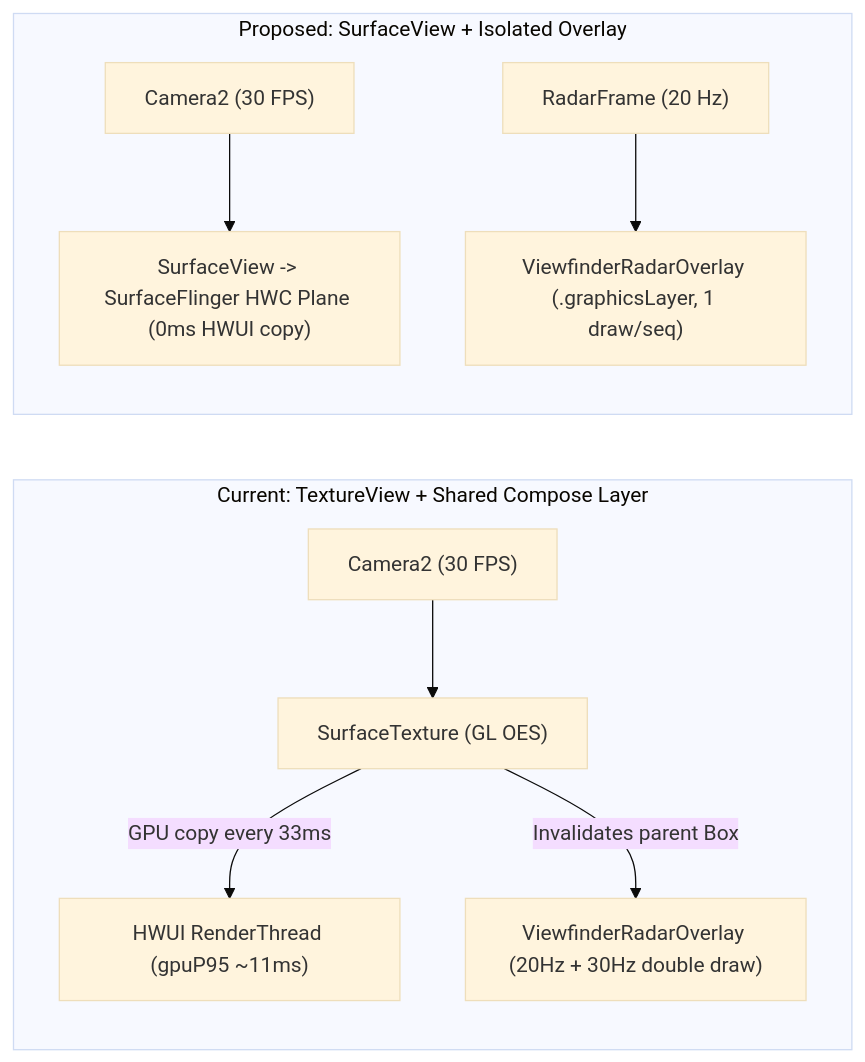
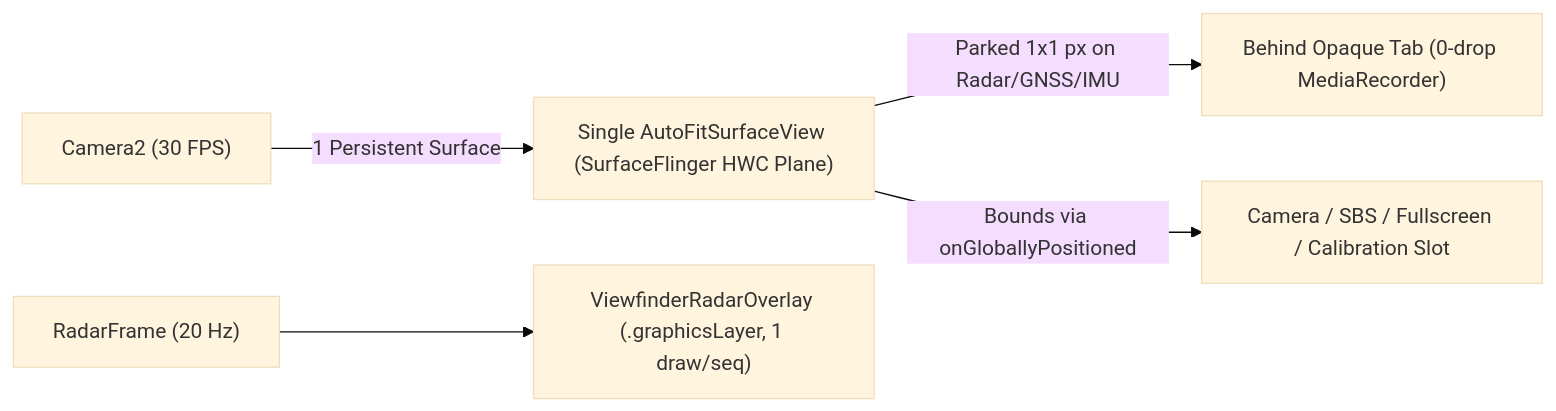
Before and after one commit to kadurushil/RoadSense_logger: the diagram in intel/Implementations/06_UI_AND_PERFORMANCE/101_surfaceview_and_overlay_dedup_plan.md, drawn with Mermaid (base theme). The commit also changed other lines of this file and 9 other files, not shown here.

Commit message:
perf(camera-ui): migrate viewfinder to persistent AutoFitSurfaceView host and eliminate double overlay draws

````diff
--- a/intel/Implementations/06_UI_AND_PERFORMANCE/101_surfaceview_and_overlay_dedup_plan.md
+++ b/intel/Implementations/06_UI_AND_PERFORMANCE/101_surfaceview_and_overlay_dedup_plan.md
@@ -32,12 +23,7 @@
 ```mermaid
 flowchart LR
-    subgraph Current["Current: TextureView + Shared Compose Layer"]
-        C1["Camera2 (30 FPS)"] --> ST["SurfaceTexture (GL OES)"]
-        ST -->|"GPU copy every 33ms"| HWUI["HWUI RenderThread (gpuP95 ~11ms)"]
-        ST -->|"Invalidates parent Box"| OVL1["ViewfinderRadarOverlay (20Hz + 30Hz double draw)"]
-    end
-    subgraph Proposed["Proposed: SurfaceView + Isolated Overlay"]
-        C2["Camera2 (30 FPS)"] --> SF["SurfaceView -> SurfaceFlinger HWC Plane (0ms HWUI copy)"]
-        R2["RadarFrame (20 Hz)"] --> OVL2["ViewfinderRadarOverlay (.graphicsLayer, 1 draw/seq)"]
-    end
+    C["Camera2 (30 FPS)"] -->|"1 Persistent Surface"| SV["Single AutoFitSurfaceView (SurfaceFlinger HWC Plane)"]
+    SV -->|"Parked 1x1 px on Radar/GNSS/IMU"| BG["Behind Opaque Tab (0-drop MediaRecorder)"]
+    SV -->|"Bounds via onGloballyPositioned"| FG["Camera / SBS / Fullscreen / Calibration Slot"]
+    R["RadarFrame (20 Hz)"] --> OVL["ViewfinderRadarOverlay (.graphicsLayer, 1 draw/seq)"]
 ```
````
